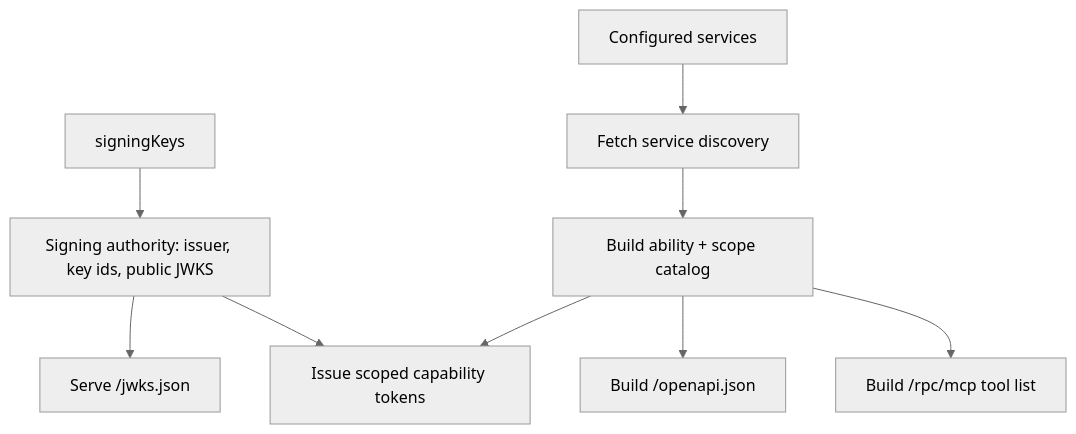
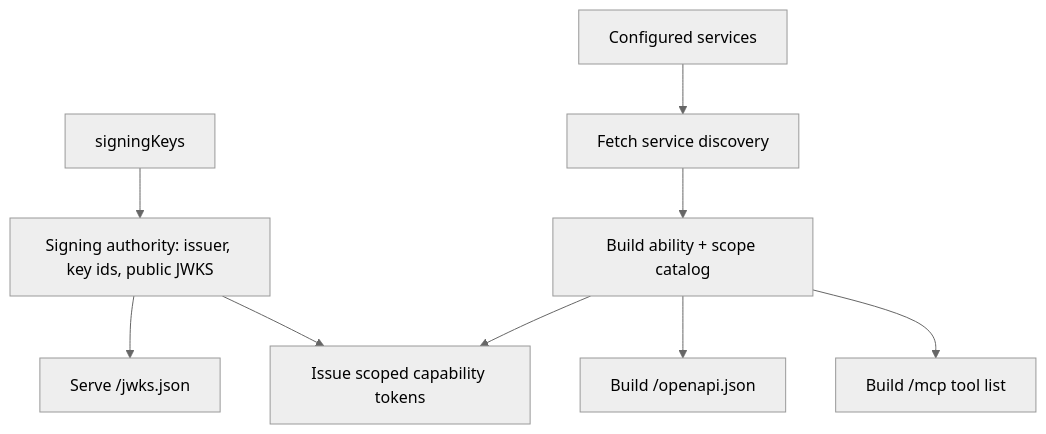
The diagram in .apm/skills/service-plane/references/plane-creation.md (JUVOJustin/service-plane), drawn with Mermaid (neutral theme) before and after one commit. The commit also changed other lines of this file and 46 other files, not shown here.

````diff
--- a/.apm/skills/service-plane/references/plane-creation.md
+++ b/.apm/skills/service-plane/references/plane-creation.md
@@ -45,11 +53,11 @@
 ```mermaid
 flowchart TD
   Secret["signingKeys"] --> Authority["Signing authority: issuer, key ids, public JWKS"]
   Authority --> JWKS["Serve /jwks.json"]
   Services["Configured services"] --> Discovery["Fetch service discovery"]
   Discovery --> Catalog["Build ability + scope catalog"]
   Catalog --> STS["Issue scoped capability tokens"]
   Authority --> STS
   Catalog --> OpenAPI["Build /openapi.json"]
-  Catalog --> MCP["Build /rpc/mcp tool list"]
+  Catalog --> MCP["Build /mcp tool list"]
 ```
````
